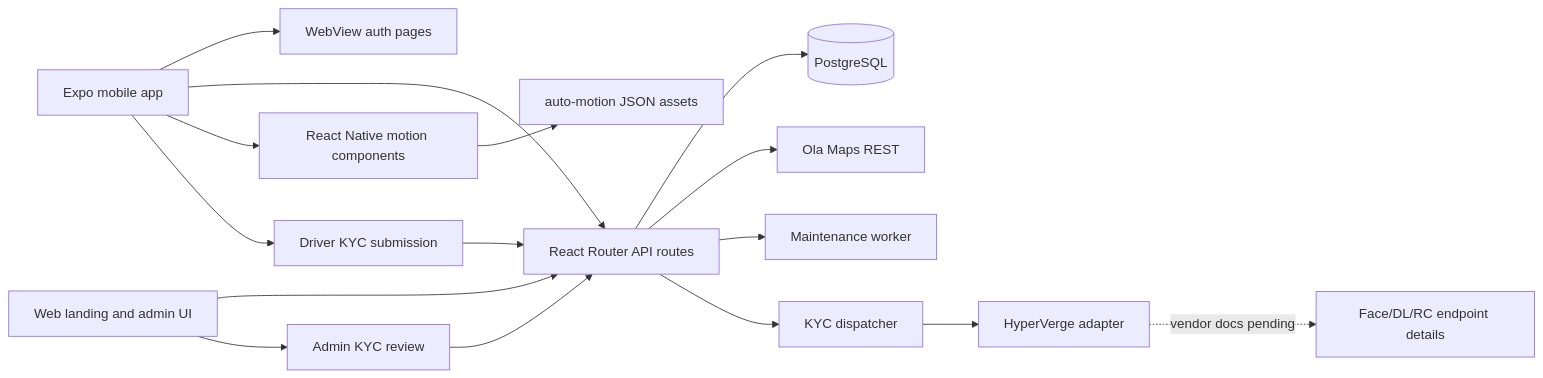
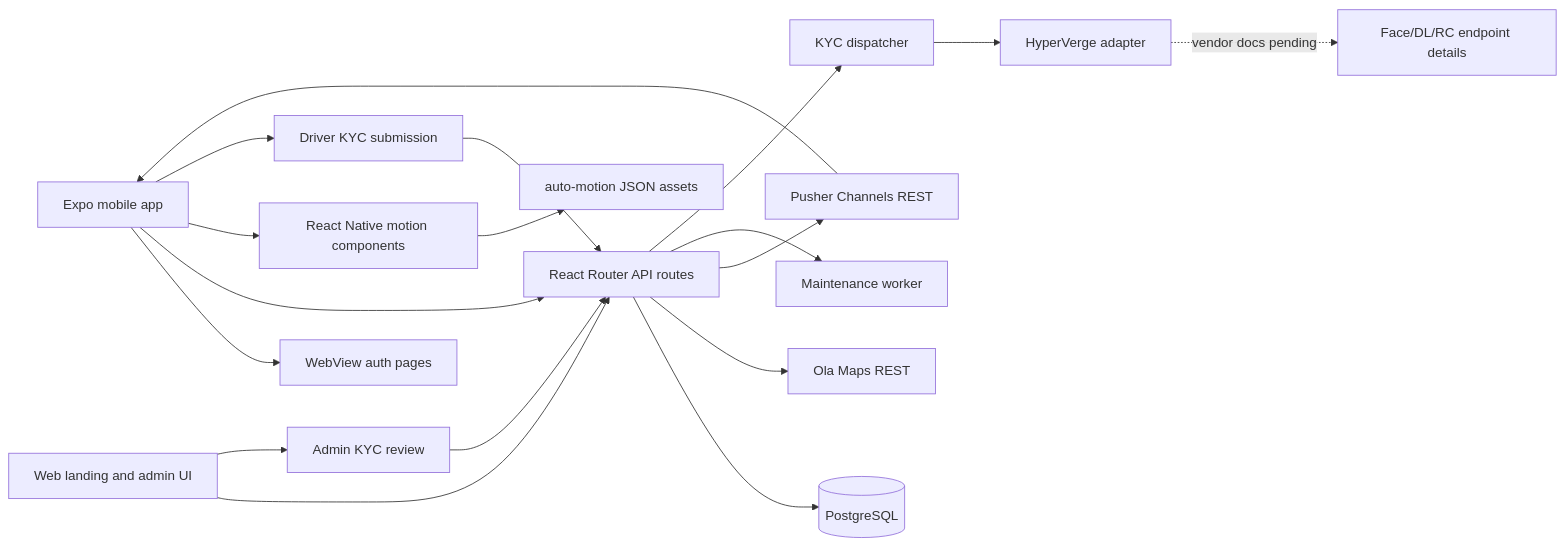
The diagram in KNOWLEDGE_MAP.md (RohitRajMaturu/AutoRiderApp), drawn with Mermaid before and after one commit. The commit also changed other lines of this file and 33 other files, not shown here.

````diff
--- a/KNOWLEDGE_MAP.md
+++ b/KNOWLEDGE_MAP.md
@@ -49,18 +49,20 @@
 ```mermaid
 flowchart LR
   Mobile[Expo mobile app] --> AuthWeb[WebView auth pages]
   Mobile --> Api[React Router API routes]
   Web[Web landing and admin UI] --> Api
   Api --> Db[(PostgreSQL)]
   Api --> Ola[Ola Maps REST]
+  Api --> Pusher[Pusher Channels REST]
+  Pusher --> Mobile
   Api --> Worker[Maintenance worker]
   Mobile --> Motion[React Native motion components]
   Motion --> Json[auto-motion JSON assets]
   Mobile --> DriverKyc[Driver KYC submission]
   DriverKyc --> Api
   Web --> AdminKyc[Admin KYC review]
   AdminKyc --> Api
   Api --> KycDispatcher[KYC dispatcher]
   KycDispatcher --> HyperVerge[HyperVerge adapter]
   HyperVerge -. vendor docs pending .-> HyperVergePrivate[Face/DL/RC endpoint details]
 ```
````
